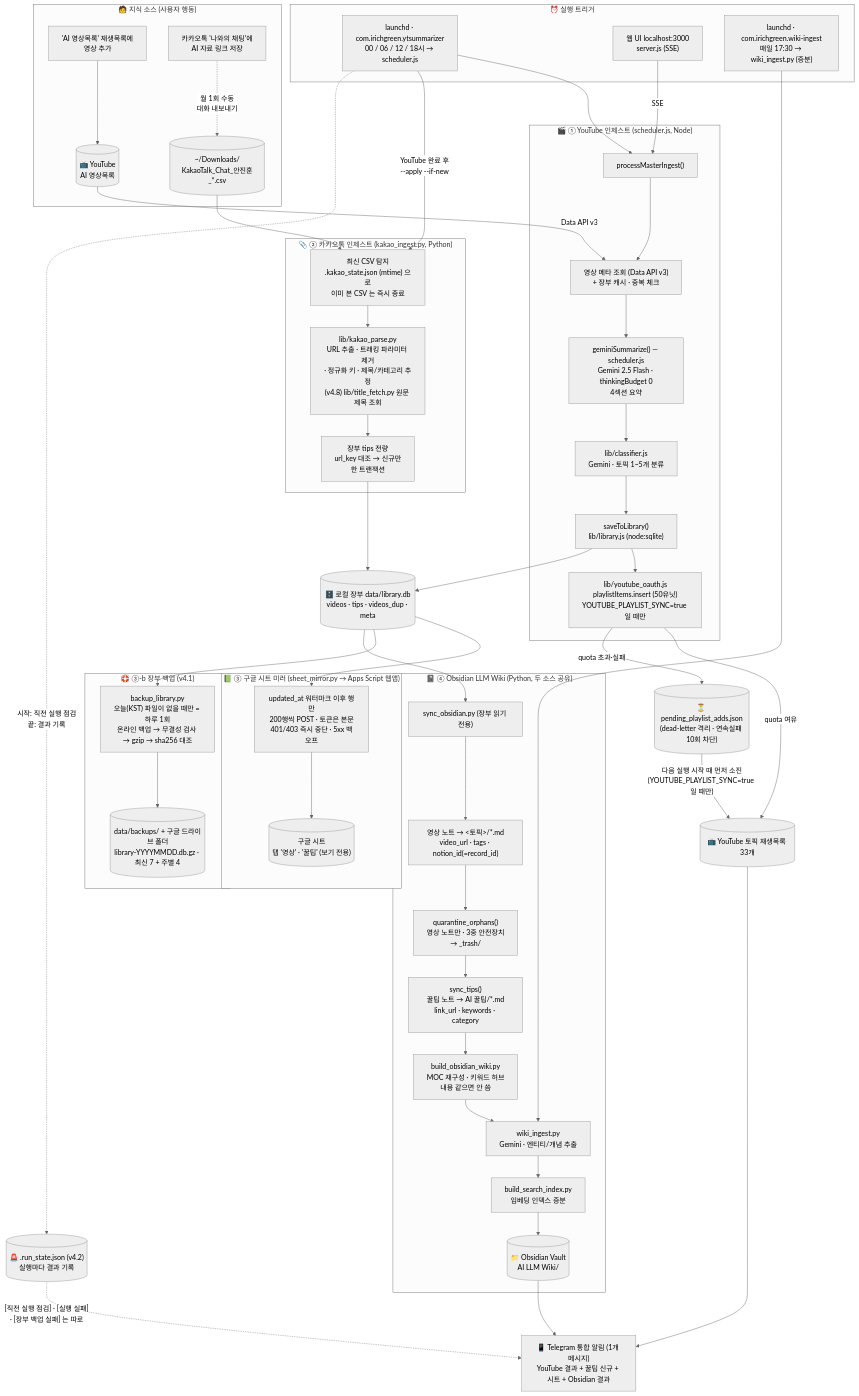
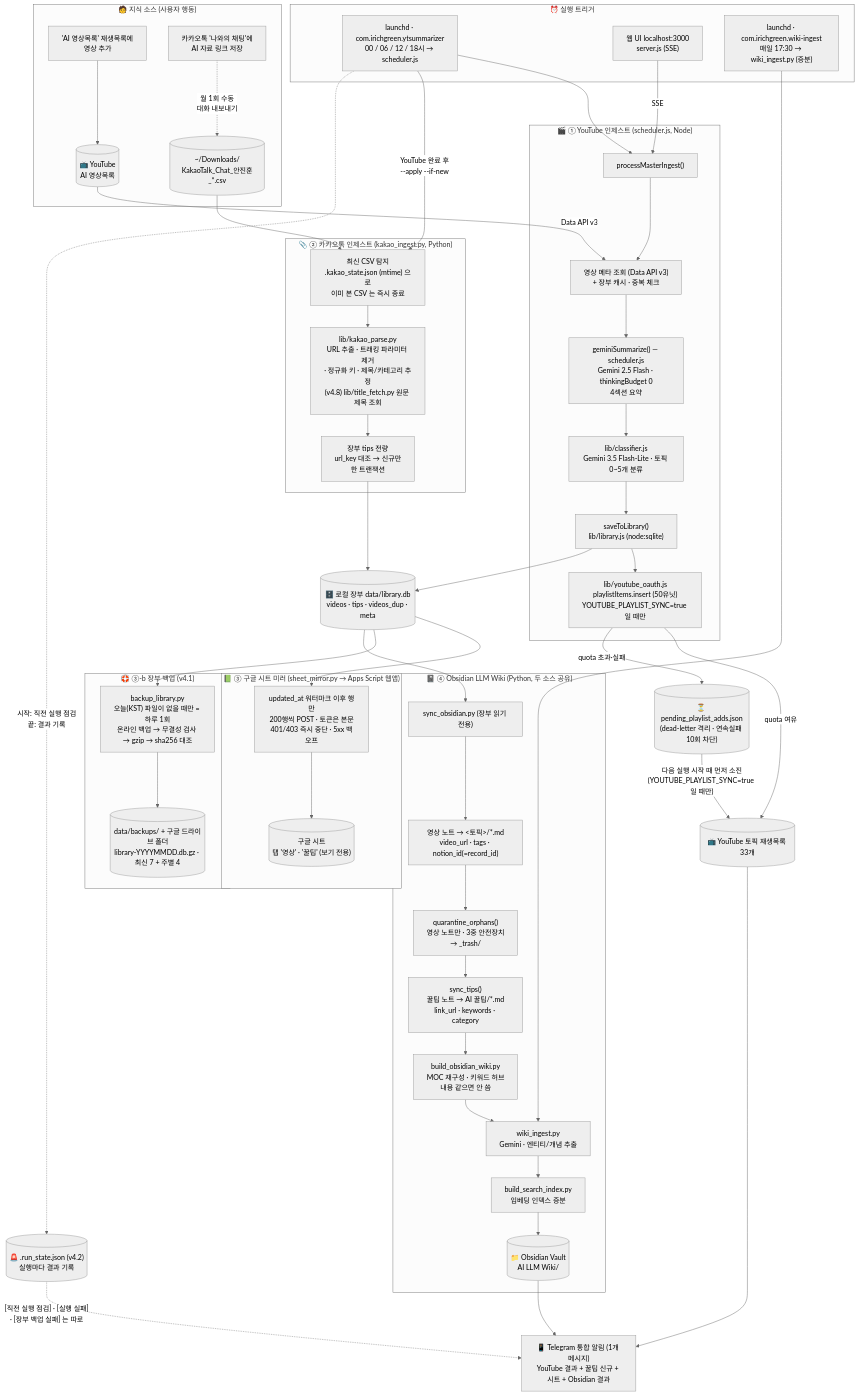
Before and after one commit to iRG-AI/AI_Wiki_Pipeline: the diagram in README.md, drawn with Mermaid (neutral theme). The commit also changed other lines of this file and 7 other files, not shown here.

Commit message:
v4.14 토픽 분류 모델 2.5 Flash → 3.5 Flash-Lite — 2.5 Flash 하루 요청을 영상 요약에 남긴다 (CLASSIFY_MODEL 로 되돌림)

````diff
--- a/README.md
+++ b/README.md
@@ -60,79 +61,79 @@
 ```mermaid
 flowchart TD
     subgraph SRC["🧑 지식 소스 (사용자 행동)"]
         U1["'AI 영상목록' 재생목록에\n영상 추가"]
         U2["카카오톡 '나와의 채팅'에\nAI 자료 링크 저장"]
         U2 -.->|"월 1회 수동\n대화 내보내기"| CSV[("~/Downloads/\nKakaoTalk_Chat_안진훈_*.csv")]
         U1 --> MASTER[("📺 YouTube\nAI 영상목록")]
     end
 
     subgraph TRIGGER["⏰ 실행 트리거"]
         SCHED["launchd · com.irichgreen.ytsummarizer\n00 / 06 / 12 / 18시 → scheduler.js"]
         WEBUI["웹 UI localhost:3000\nserver.js (SSE)"]
         WIKI_SCHED["launchd · com.irichgreen.wiki-ingest\n매일 17:30 → wiki_ingest.py (증분)"]
     end
 
     SCHED --> ENTRY
     WEBUI -->|SSE| ENTRY
 
     subgraph YT["🎬 ① YouTube 인제스트 (scheduler.js, Node)"]
         ENTRY["processMasterIngest()"]
         FETCH["영상 메타 조회 (Data API v3)\n+ 장부 캐시 · 중복 체크"]
         GEMINI["geminiSummarize() — scheduler.js\nGemini 2.5 Flash · thinkingBudget 0\n4섹션 요약"]
-        CLS["lib/classifier.js\nGemini · 토픽 1~5개 분류"]
+        CLS["lib/classifier.js\nGemini 3.5 Flash-Lite · 토픽 0~5개 분류"]
         LSAVE["saveToLibrary()\nlib/library.js (node:sqlite)"]
         YSAVE["lib/youtube_oauth.js\nplaylistItems.insert (50유닛)\nYOUTUBE_PLAYLIST_SYNC=true 일 때만"]
         ENTRY --> FETCH --> GEMINI --> CLS --> LSAVE --> YSAVE
     end
     MASTER -->|Data API v3| FETCH
 
     subgraph KK["📎 ② 카카오톡 인제스트 (kakao_ingest.py, Python)"]
         KFIND["최신 CSV 탐지\n.kakao_state.json (mtime) 으로\n이미 본 CSV 는 즉시 종료"]
         KPARSE["lib/kakao_parse.py\nURL 추출 · 트래킹 파라미터 제거\n· 정규화 키 · 제목/카테고리 추정\n(v4.8) lib/title_fetch.py 원문 제목 조회"]
         KDEDUP["장부 tips 전량\nurl_key 대조 → 신규만\n한 트랜잭션"]
         KFIND --> KPARSE --> KDEDUP
     end
     CSV --> KFIND
     SCHED -->|"YouTube 완료 후\n--apply --if-new"| KFIND
 
     LSAVE --> LIB[("🗄️ 로컬 장부 data/library.db\nvideos · tips · videos_dup · meta")]
     KDEDUP --> LIB
     YSAVE -->|"quota 여유"| YT_PL[("📺 YouTube 토픽 재생목록 33개")]
     YSAVE -->|"quota 초과·실패"| PENDING[("⏳ pending_playlist_adds.json\n(dead-letter 격리 · 연속실패 10회 차단)")]
     PENDING -->|"다음 실행 시작 때 먼저 소진\n(YOUTUBE_PLAYLIST_SYNC=true 일 때만)"| YT_PL
 
     subgraph MIR["📗 ③ 구글 시트 미러 (sheet_mirror.py → Apps Script 웹앱)"]
         SM["updated_at 워터마크 이후 행만\n200행씩 POST · 토큰은 본문\n401/403 즉시 중단 · 5xx 백오프"]
         GS[("구글 시트\n탭 '영상' · '꿀팁' (보기 전용)")]
         SM --> GS
     end
     LIB --> SM
 
     subgraph BK["🛟 ③-b 장부 백업 (v4.1)"]
         BKP["backup_library.py\n오늘(KST) 파일이 없을 때만 = 하루 1회\n온라인 백업 → 무결성 검사 → gzip → sha256 대조"]
         BKD[("data/backups/ + 구글 드라이브 폴더\nlibrary-YYYYMMDD.db.gz · 최신 7 + 주별 4")]
         BKP --> BKD
     end
     LIB --> BKP
 
     subgraph OBS["📓 ④ Obsidian LLM Wiki (Python, 두 소스 공유)"]
         SYNC["sync_obsidian.py (장부 읽기 전용)"]
         SYNC_V["영상 노트 → <토픽>/*.md\nvideo_url · tags · notion_id(=record_id)"]
         SYNC_T["sync_tips()\n꿀팁 노트 → AI 꿀팁/*.md\nlink_url · keywords · category"]
         ORPHAN["quarantine_orphans()\n영상 노트만 · 3중 안전장치\n→ _trash/"]
         BUILD["build_obsidian_wiki.py\nMOC 재구성 · 키워드 허브\n내용 같으면 안 씀"]
         WIKI_INGEST["wiki_ingest.py\nGemini · 엔티티/개념 추출"]
         IDX["build_search_index.py\n임베딩 인덱스 증분"]
         VAULT[("📁 Obsidian Vault\nAI LLM Wiki/")]
         SYNC --> SYNC_V --> ORPHAN --> SYNC_T --> BUILD --> WIKI_INGEST --> IDX --> VAULT
     end
     LIB --> SYNC
     WIKI_SCHED --> WIKI_INGEST
 
     VAULT --> TG["📱 Telegram 통합 알림 (1개 메시지)\nYouTube 결과 + 꿀팁 신규 + 시트 + Obsidian 결과"]
     YT_PL --> TG
 
     RS[("🚨 .run_state.json (v4.2)\n실행마다 결과 기록")]
     SCHED -.->|"시작: 직전 실행 점검\n끝: 결과 기록"| RS
     RS -.->|"[직전 실행 점검] · [실행 실패]\n· [장부 백업 실패] 는 따로"| TG
 ```
````
